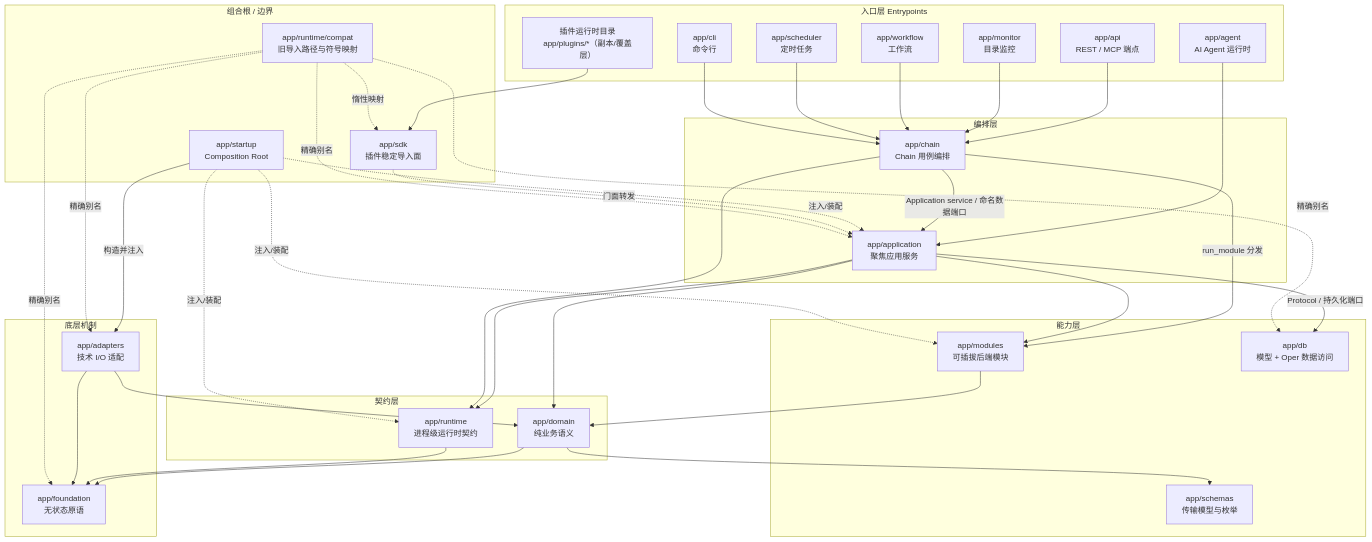
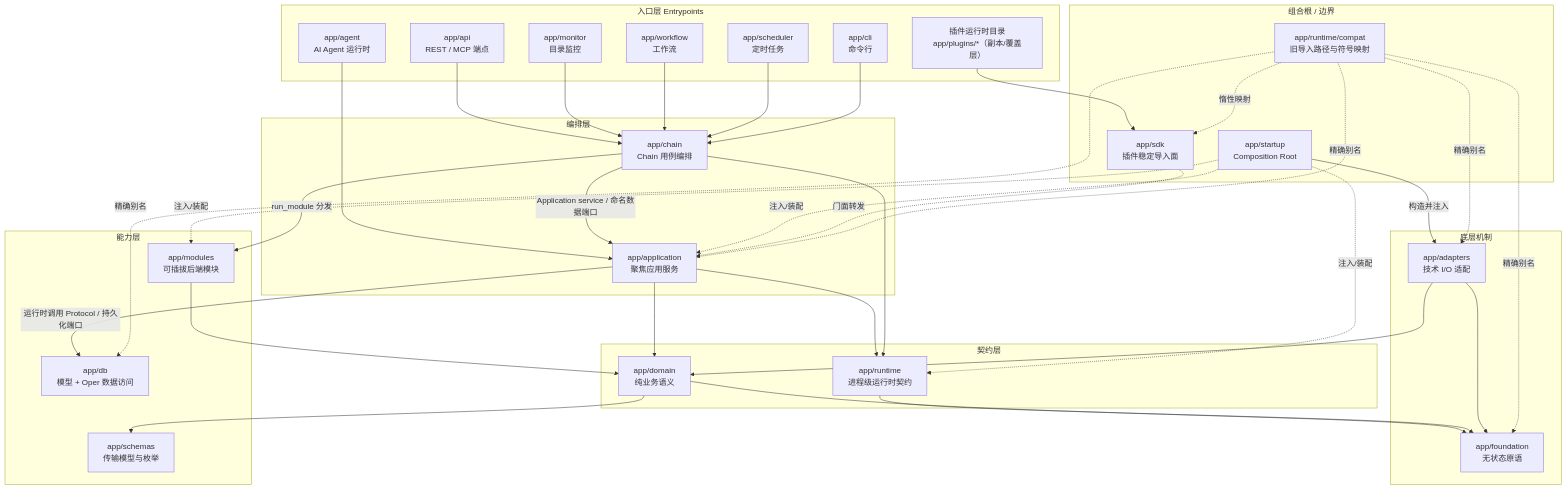
The second of 14 diagrams in docs/architecture-overview.md (jxxghp/MoviePilot), drawn with Mermaid before and after one commit. The commit also changed other lines of this file and 3 other files, not shown here.

Commit message:
chore(architecture): establish trusted refactor baseline

````diff
--- a/docs/architecture-overview.md
+++ b/docs/architecture-overview.md
@@ -65,73 +69,72 @@
 ```mermaid
 flowchart TB
     subgraph 入口层["入口层 Entrypoints"]
         ApiPkg["app/api<br/>REST / MCP 端点"]
         AgentPkg["app/agent<br/>AI Agent 运行时"]
         Monitor["app/monitor<br/>目录监控"]
         Workflow["app/workflow<br/>工作流"]
         Scheduler["app/scheduler<br/>定时任务"]
         CLI["app/cli<br/>命令行"]
         PluginPkg["插件运行时目录<br/>app/plugins/*（副本/覆盖层）"]
     end
 
     subgraph 编排层["编排层"]
         Chain["app/chain<br/>Chain 用例编排"]
         App["app/application<br/>聚焦应用服务"]
     end
 
     subgraph 能力层["能力层"]
         Modules["app/modules<br/>可插拔后端模块"]
         Db["app/db<br/>模型 + Oper 数据访问"]
         Schemas["app/schemas<br/>传输模型与枚举"]
     end
 
     subgraph 契约层["契约层"]
         Domain["app/domain<br/>纯业务语义"]
         Runtime["app/runtime<br/>进程级运行时契约"]
     end
 
     subgraph 底层["底层机制"]
         Foundation["app/foundation<br/>无状态原语"]
         Adapters["app/adapters<br/>技术 I/O 适配"]
     end
 
     subgraph 组合根["组合根 / 边界"]
         Startup["app/startup<br/>Composition Root"]
         Sdk["app/sdk<br/>插件稳定导入面"]
         Compat["app/runtime/compat<br/>旧导入路径与符号映射"]
     end
 
     ApiPkg --> Chain
     AgentPkg --> App
     Monitor --> Chain
     Workflow --> Chain
     Scheduler --> Chain
     CLI --> Chain
     PluginPkg --> Sdk
 
     Chain -->|run_module 分发| Modules
     Chain -->|Application service / 命名数据端口| App
-    App --> Modules
-    App -->|Protocol / 持久化端口| Db
+    App -->|运行时调用 Protocol / 持久化端口| Db
 
     Modules --> Domain
     App --> Domain
     App --> Runtime
     Chain --> Runtime
     Domain --> Schemas
     Domain --> Foundation
     Runtime --> Foundation
     Adapters --> Domain
     Adapters --> Foundation
     Startup -->|构造并注入| Adapters
 
     Startup -.注入/装配.-> Runtime
     Startup -.注入/装配.-> App
     Startup -.注入/装配.-> Modules
     Sdk -.门面转发.-> App
     Compat -.惰性映射.-> Sdk
     Compat -.精确别名.-> App
     Compat -.精确别名.-> Db
     Compat -.精确别名.-> Foundation
     Compat -.精确别名.-> Adapters
 ```
````
